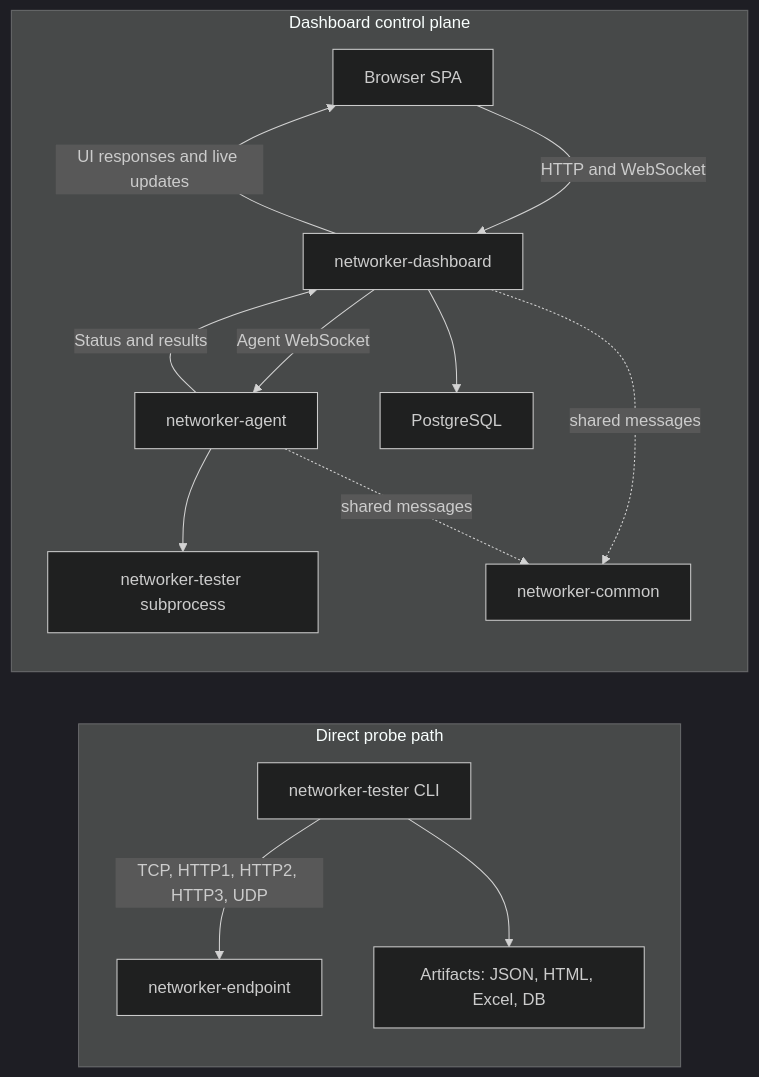
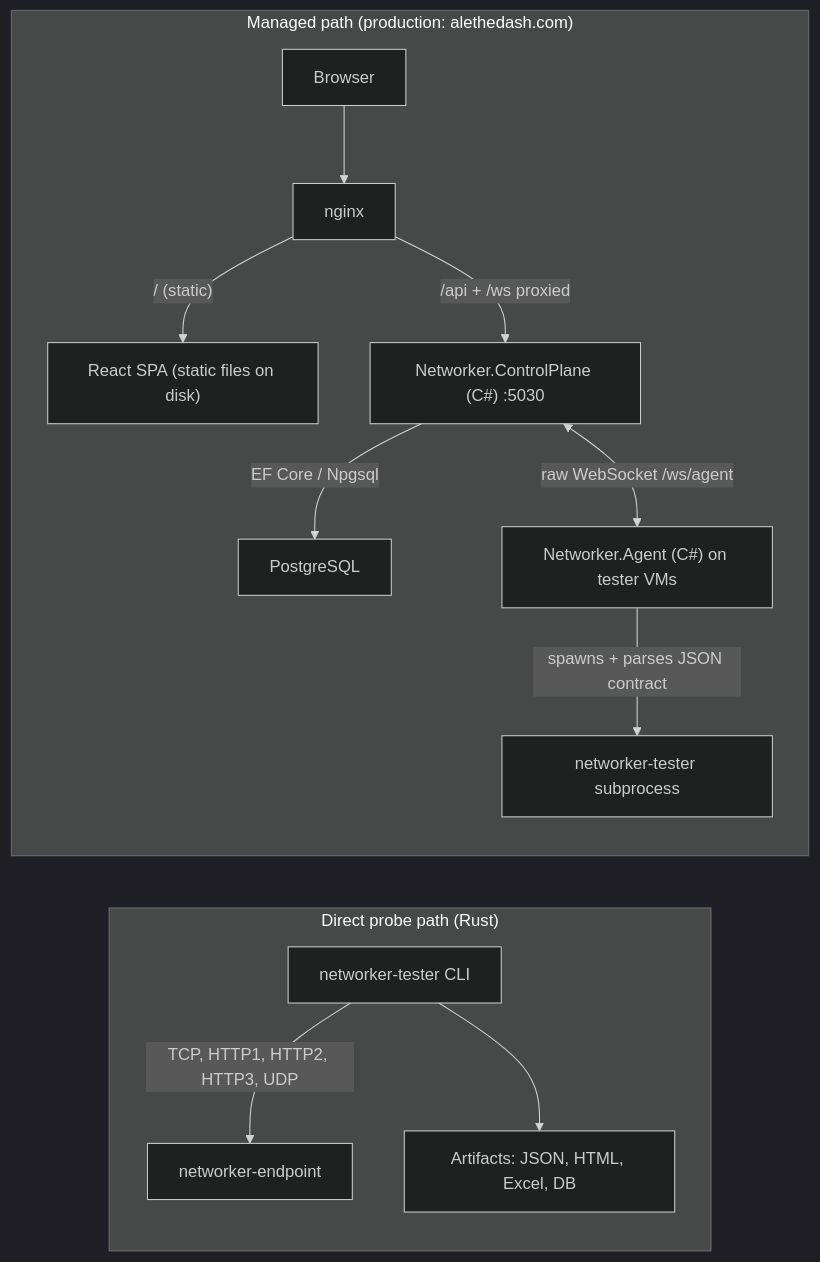
Before and after one commit to irlm/networker-tester: the first of 4 diagrams in docs/architecture.md, drawn with Mermaid (dark theme). The commit also changed other lines of this file and 11 other files, not shown here.

First line of the commit message:
docs: truth pass — current architecture, accurate CLAUDE.md, release flow (P2)

````diff
--- a/docs/architecture.md
+++ b/docs/architecture.md
@@ -8,28 +18,27 @@
 ```mermaid
 flowchart LR
-    subgraph ProbePath["Direct probe path"]
+    subgraph ProbePath["Direct probe path (Rust)"]
         T["networker-tester CLI"]
         E["networker-endpoint"]
         O["Artifacts: JSON, HTML, Excel, DB"]
         T -->|"TCP, HTTP1, HTTP2, HTTP3, UDP"| E
         T --> O
     end
 
-    subgraph ControlPlane["Dashboard control plane"]
-        B["Browser SPA"]
-        D["networker-dashboard"]
-        A["networker-agent"]
+    subgraph ControlPlane["Managed path (production: alethedash.com)"]
+        B["Browser"]
+        N["nginx"]
+        SPA["React SPA (static files on disk)"]
+        D["Networker.ControlPlane (C#) :5030"]
+        P["PostgreSQL"]
+        A["Networker.Agent (C#) on tester VMs"]
         TP["networker-tester subprocess"]
-        P["PostgreSQL"]
-        C["networker-common"]
 
-        B -->|"HTTP and WebSocket"| D
-        D -->|"UI responses and live updates"| B
-        D -->|"Agent WebSocket"| A
-        A -->|"Status and results"| D
-        A --> TP
-        D --> P
-        D -.->|"shared messages"| C
-        A -.->|"shared messages"| C
+        B --> N
+        N -->|"/ (static)"| SPA
+        N -->|"/api + /ws proxied"| D
+        D -->|"EF Core / Npgsql"| P
+        D <-->|"raw WebSocket /ws/agent"| A
+        A -->|"spawns + parses JSON contract"| TP
     end
 ```
````
